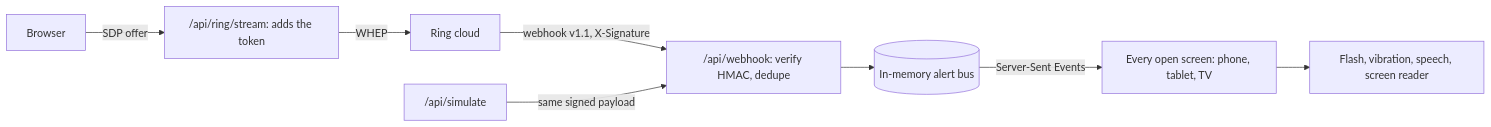
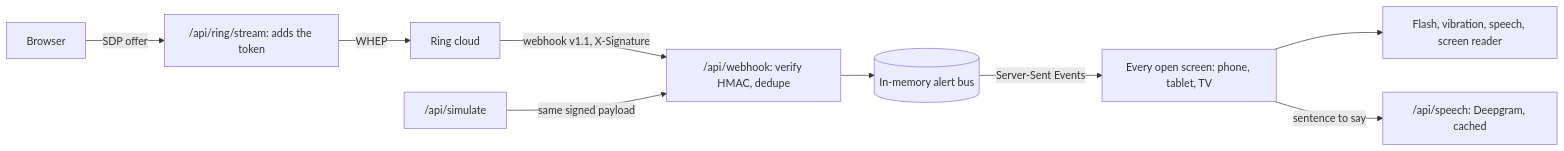
The diagram in README.md (Sanchay117/Herald), drawn with Mermaid before and after one commit. The commit also changed other lines of this file and 13 other files, not shown here.

````diff
--- a/README.md
+++ b/README.md
@@ -48,10 +48,11 @@
 ```mermaid
 flowchart LR
   ring["Ring cloud"] -- "webhook v1.1, X-Signature" --> wh["/api/webhook: verify HMAC, dedupe"]
   sim["/api/simulate"] -- "same signed payload" --> wh
   wh --> bus[("In-memory alert bus")]
   bus -- "Server-Sent Events" --> screens["Every open screen: phone, tablet, TV"]
   screens --> out["Flash, vibration, speech, screen reader"]
+  screens -- "sentence to say" --> speech["/api/speech: Deepgram, cached"]
   browser["Browser"] -- "SDP offer" --> relay["/api/ring/stream: adds the token"]
   relay -- "WHEP" --> ring
 ```
````
